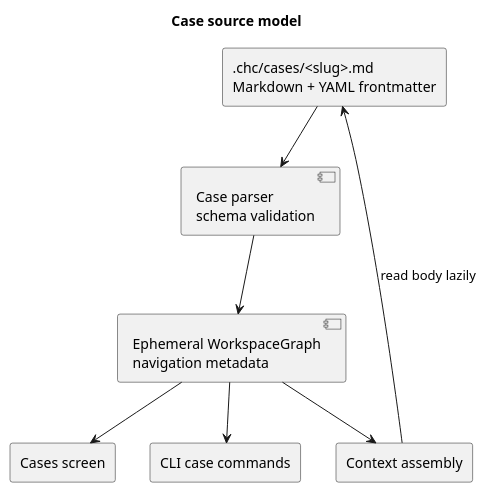
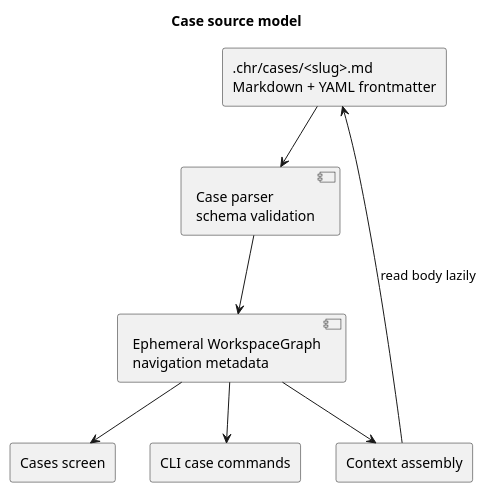
Before and after one commit to adrianpk/chr: the first of 4 diagrams in .prj/specs/specs/tui-cases-screen.md, drawn with PlantUML. The commit also changed other lines of this file and 1145 other files, not shown here.

````diff
--- a/.prj/specs/specs/tui-cases-screen.md
+++ b/.prj/specs/specs/tui-cases-screen.md
@@ -121,20 +121,20 @@
 ```plantuml
 @startuml
 title Case source model
 
-rectangle ".chc/cases/<slug>.md\nMarkdown + YAML frontmatter" as File
+rectangle ".chr/cases/<slug>.md\nMarkdown + YAML frontmatter" as File
 component "Case parser\nschema validation" as Parser
 component "Ephemeral WorkspaceGraph\nnavigation metadata" as Graph
 rectangle "Cases screen" as UI
 rectangle "CLI case commands" as CLI
 rectangle "Context assembly" as Context
 
 File --> Parser
 Parser --> Graph
 Graph --> UI
 Graph --> CLI
 Graph --> Context
 Context --> File : read body lazily
 
 @enduml
 ```
````
